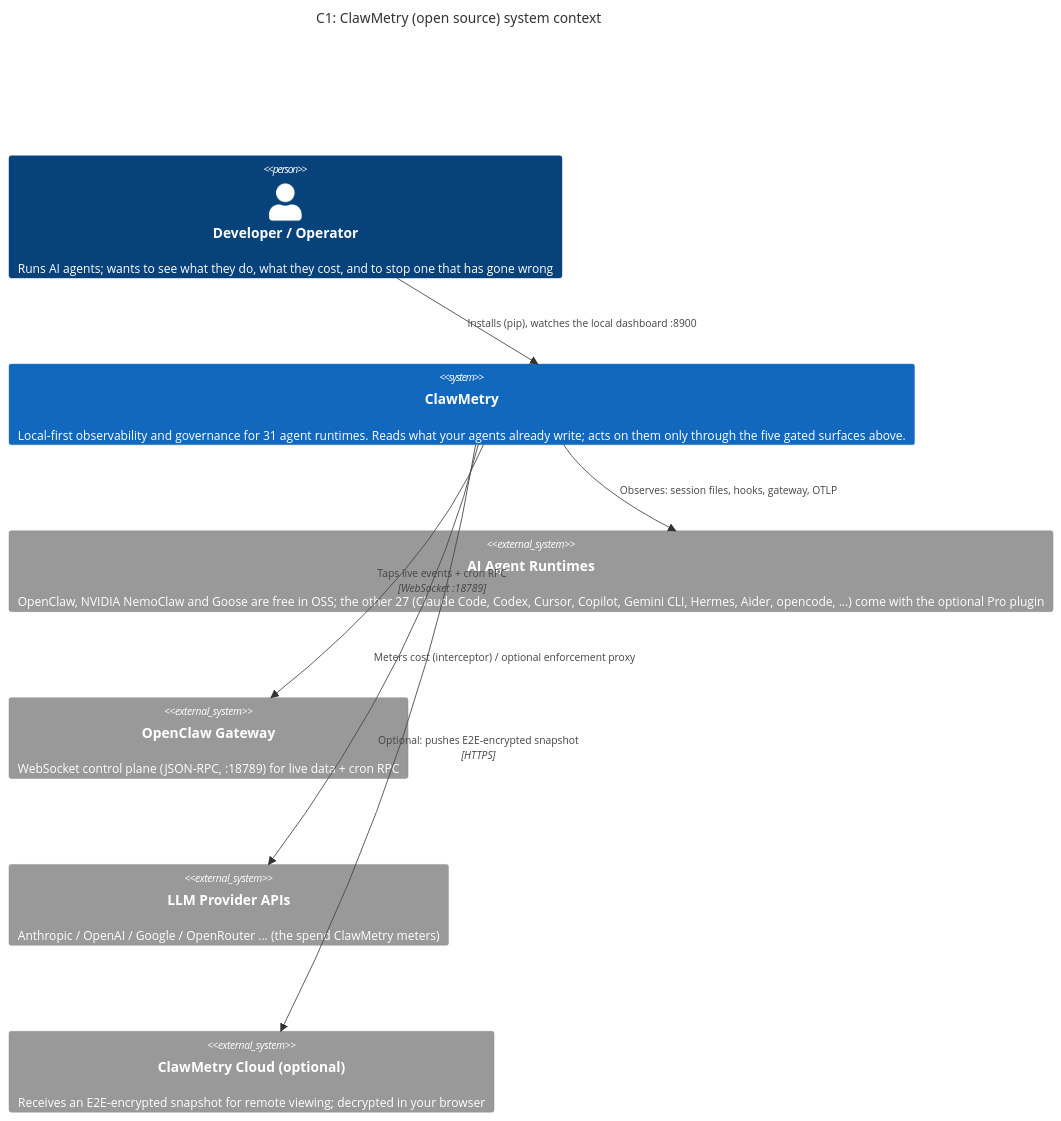
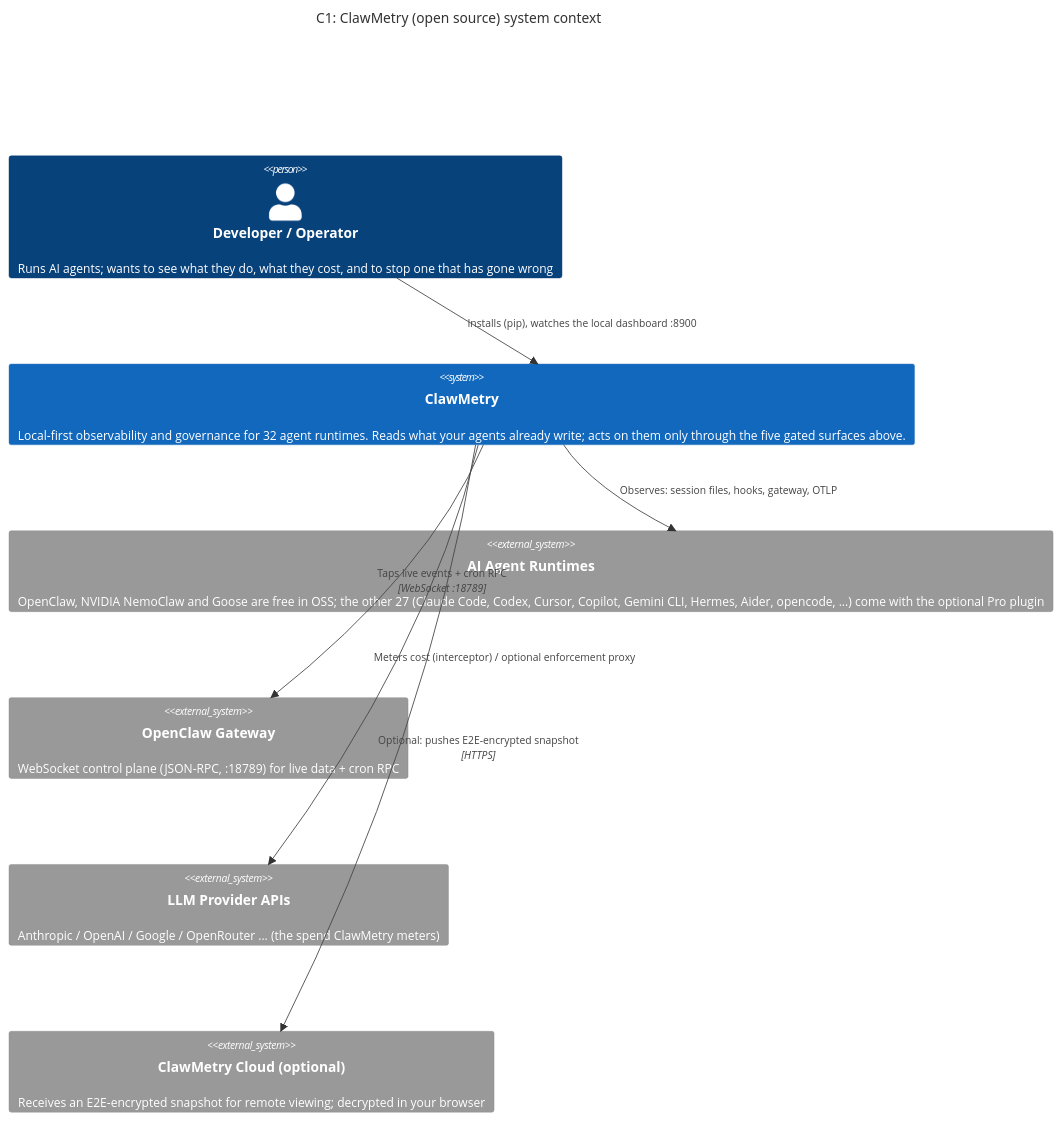
One commit to vivekchand/clawmetry changed the first of 2 diagrams in ARCHITECTURE.md. Above: the diagram before and after it, drawn with Mermaid. The commit also changed other lines of this file and 50 other files, not shown here.

````diff
--- a/ARCHITECTURE.md
+++ b/ARCHITECTURE.md
@@ -94,18 +94,18 @@
 ```mermaid
 C4Context
 title C1: ClawMetry (open source) system context
 
 Person(dev, "Developer / Operator", "Runs AI agents; wants to see what they do, what they cost, and to stop one that has gone wrong")
-System(clawmetry, "ClawMetry", "Local-first observability and governance for 31 agent runtimes. Reads what your agents already write; acts on them only through the five gated surfaces above.")
+System(clawmetry, "ClawMetry", "Local-first observability and governance for 32 agent runtimes. Reads what your agents already write; acts on them only through the five gated surfaces above.")
 
 System_Ext(runtimes, "AI Agent Runtimes", "OpenClaw, NVIDIA NemoClaw and Goose are free in OSS; the other 27 (Claude Code, Codex, Cursor, Copilot, Gemini CLI, Hermes, Aider, opencode, ...) come with the optional Pro plugin")
 System_Ext(gateway, "OpenClaw Gateway", "WebSocket control plane (JSON-RPC, :18789) for live data + cron RPC")
 System_Ext(llm, "LLM Provider APIs", "Anthropic / OpenAI / Google / OpenRouter ... (the spend ClawMetry meters)")
 System_Ext(cloud, "ClawMetry Cloud (optional)", "Receives an E2E-encrypted snapshot for remote viewing; decrypted in your browser")
 
 Rel(dev, clawmetry, "Installs (pip), watches the local dashboard :8900")
 Rel(clawmetry, runtimes, "Observes: session files, hooks, gateway, OTLP")
 Rel(clawmetry, gateway, "Taps live events + cron RPC", "WebSocket :18789")
 Rel(clawmetry, llm, "Meters cost (interceptor) / optional enforcement proxy")
 Rel(clawmetry, cloud, "Optional: pushes E2E-encrypted snapshot", "HTTPS")
 ```
````
